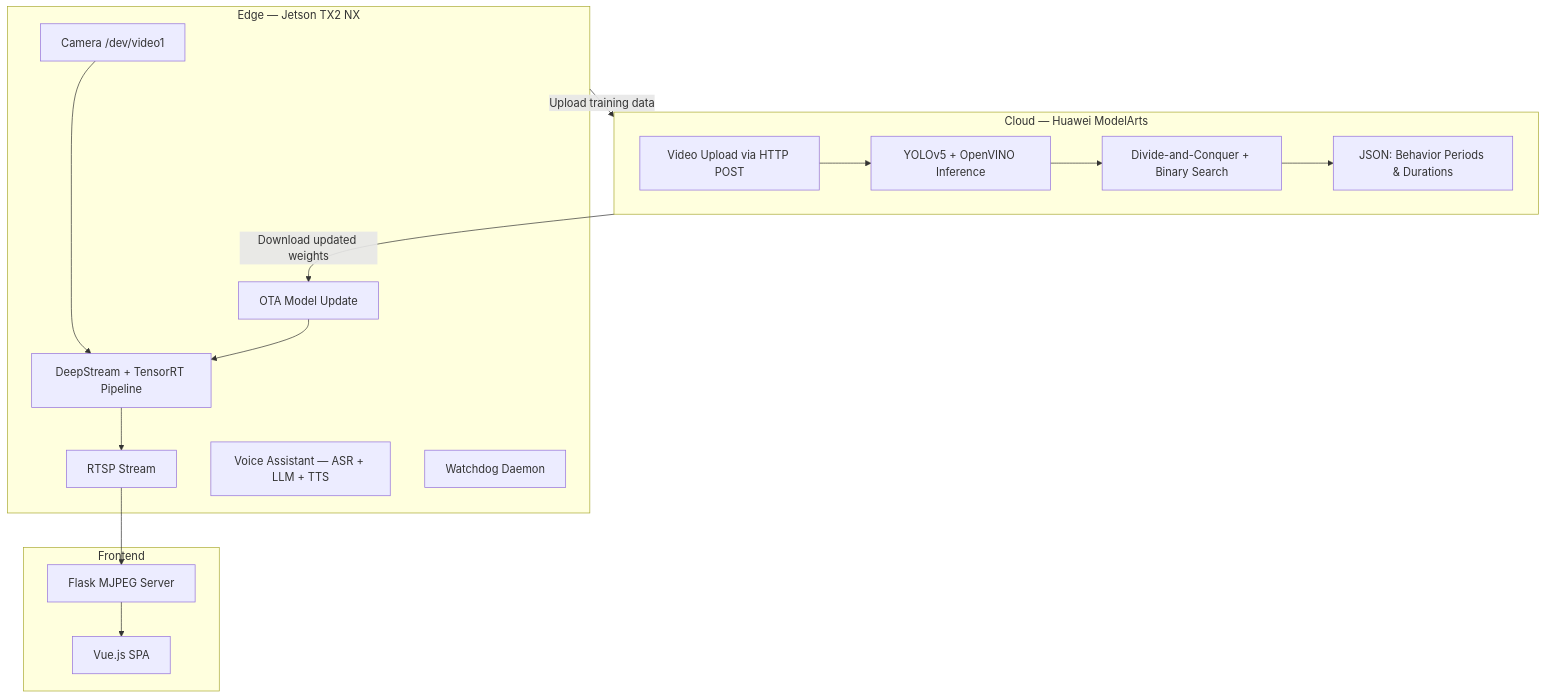
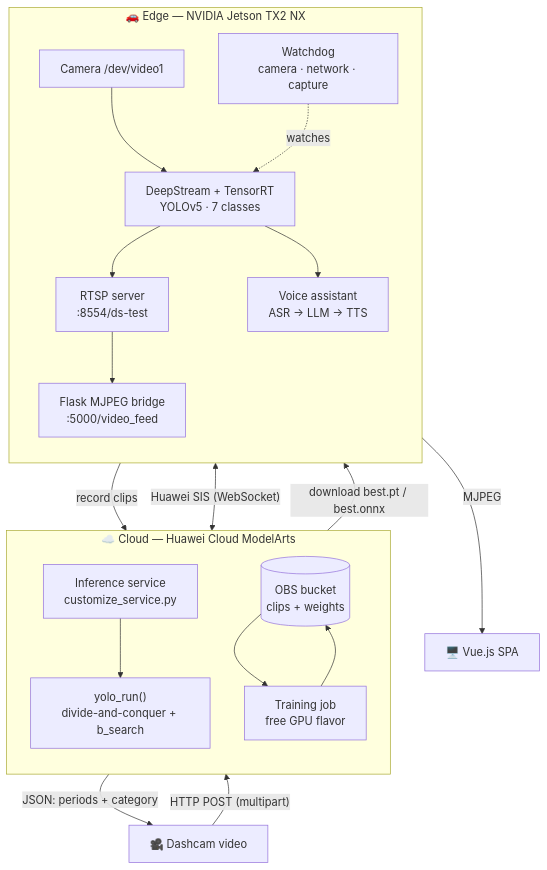
The first of 4 diagrams in README.md (Nobody-Zhang/DriveVigil), drawn with Mermaid before and after one commit. The commit also changed other lines of this file and 1 other file, not shown here.

First line of the commit message:
docs: expand README (EN + 中文) with refined diagrams and tutorials

````diff
--- a/README.md
+++ b/README.md
@@ -15,31 +78,36 @@
 ```mermaid
-graph TB
-    subgraph Cloud["Cloud — Huawei ModelArts"]
-        Upload[Video Upload via HTTP POST]
-        YOLOv5[YOLOv5 + OpenVINO Inference]
-        DnC[Divide-and-Conquer + Binary Search]
-        Result[JSON: Behavior Periods & Durations]
-        Upload --> YOLOv5 --> DnC --> Result
+flowchart TB
+    client["🎥 Dashcam video"]
+
+    subgraph cloud["☁️ Cloud — Huawei Cloud ModelArts"]
+        direction TB
+        svc["Inference service<br/>customize_service.py"]
+        algo["yolo_run()<br/>divide-and-conquer + b_search"]
+        obs[("OBS bucket<br/>clips + weights")]
+        train["Training job<br/>free GPU flavor"]
+        svc --> algo
+        obs --> train --> obs
     end
 
-    subgraph Edge["Edge — Jetson TX2 NX"]
-        Camera[Camera /dev/video1]
-        DS[DeepStream + TensorRT Pipeline]
-        RTSP[RTSP Stream]
-        Camera --> DS --> RTSP
-
-        OTA[OTA Model Update]
-        Voice[Voice Assistant — ASR + LLM + TTS]
-        Watchdog[Watchdog Daemon]
+    subgraph edge["🚗 Edge — NVIDIA Jetson TX2 NX"]
+        direction TB
+        cam["Camera /dev/video1"]
+        ds["DeepStream + TensorRT<br/>YOLOv5 · 7 classes"]
+        rtsp["RTSP server<br/>:8554/ds-test"]
+        bridge["Flask MJPEG bridge<br/>:5000/video_feed"]
+        voice["Voice assistant<br/>ASR → LLM → TTS"]
+        wd["Watchdog<br/>camera · network · capture"]
+        cam --> ds --> rtsp --> bridge
+        ds --> voice
+        wd -.watches.-> ds
     end
 
-    subgraph Frontend["Frontend"]
-        Vue[Vue.js SPA]
-        Flask[Flask MJPEG Server]
-        RTSP --> Flask --> Vue
-    end
+    ui["🖥️ Vue.js SPA"]
 
-    Edge -- "Upload training data" --> Cloud
-    Cloud -- "Download updated weights" --> OTA
-    OTA --> DS
+    client -->|"HTTP POST (multipart)"| svc
+    svc -->|"JSON: periods + category"| client
+    bridge -->|MJPEG| ui
+    ds -->|"record clips"| obs
+    obs -->|"download best.pt / best.onnx"| ds
+    voice <-->|"Huawei SIS (WebSocket)"| cloud
 ```
````
